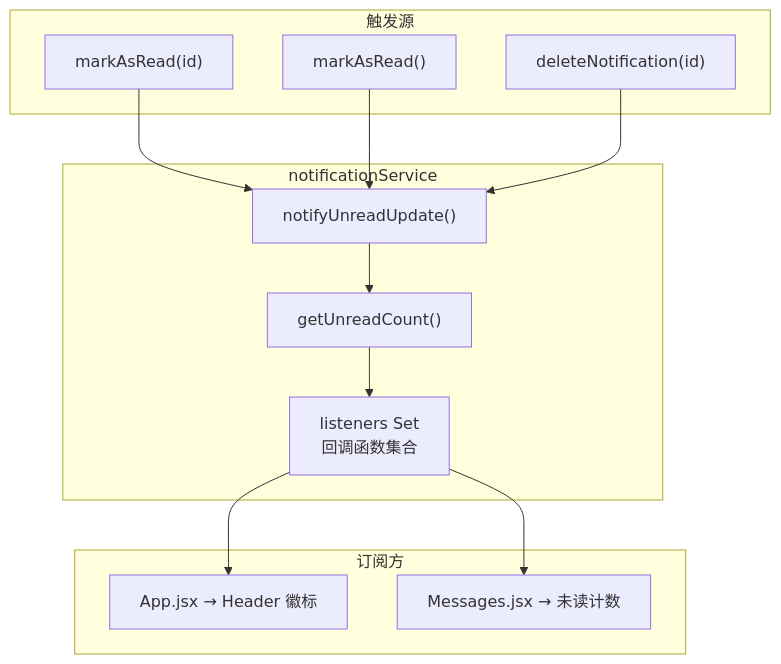
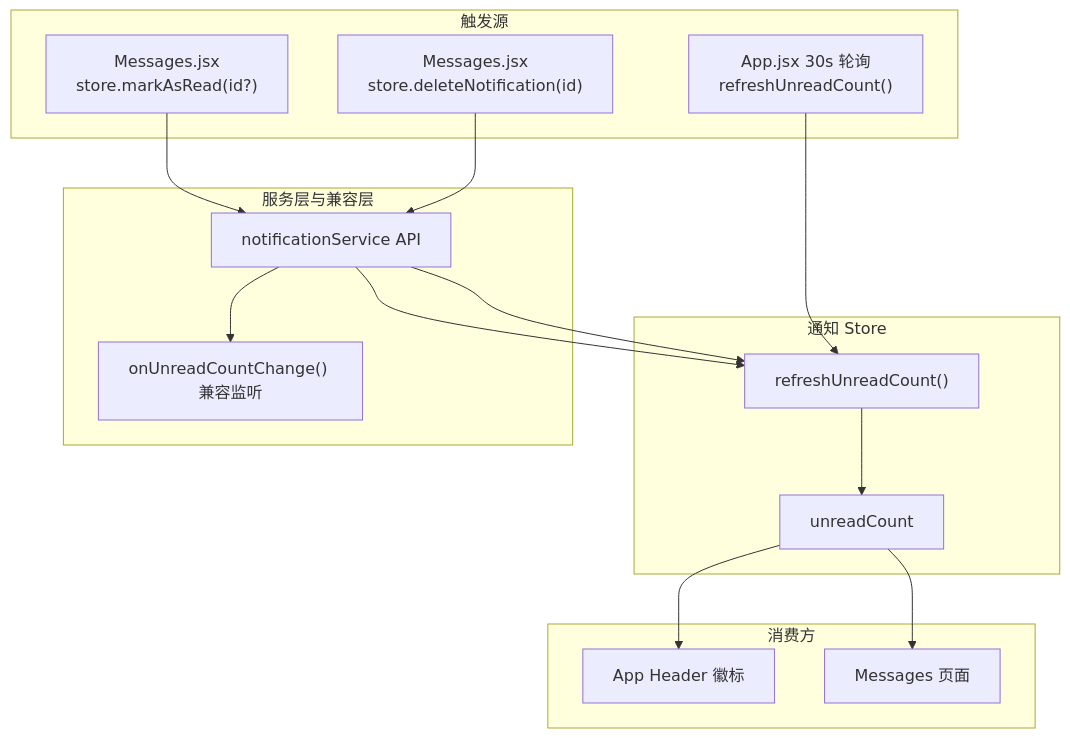
The second of 3 diagrams in docs/admin/admin-state-api.md (chendingya/EaseStay), drawn with Mermaid before and after one commit. The commit also changed other lines of this file and 4 other files, not shown here.

````diff
--- a/docs/admin/admin-state-api.md
+++ b/docs/admin/admin-state-api.md
@@ -54,27 +75,31 @@
 ```mermaid
 graph TB
     subgraph 触发源
-        MarkRead["markAsRead(id)"]
-        MarkAll["markAsRead()"]
-        DeleteNotif["deleteNotification(id)"]
+        AppPoll["App.jsx 30s 轮询<br/>refreshUnreadCount()"]
+        MsgRead["Messages.jsx<br/>store.markAsRead(id?)"]
+        MsgDelete["Messages.jsx<br/>store.deleteNotification(id)"]
     end
 
-    subgraph 发布层["notificationService"]
-        NotifyUpdate["notifyUnreadUpdate()"]
-        FetchCount["getUnreadCount()"]
-        Listeners["listeners Set<br/>回调函数集合"]
+    subgraph 通知 Store
+        Refresh["refreshUnreadCount()"]
+        StoreCount["unreadCount"]
     end
 
-    subgraph 订阅方
-        AppBadge["App.jsx → Header 徽标"]
-        MsgPage["Messages.jsx → 未读计数"]
+    subgraph 服务层与兼容层
+        Service["notificationService API"]
+        Legacy["onUnreadCountChange() 兼容监听"]
     end
 
-    MarkRead --> NotifyUpdate
-    MarkAll --> NotifyUpdate
-    DeleteNotif --> NotifyUpdate
-    NotifyUpdate --> FetchCount
-    FetchCount --> Listeners
-    Listeners --> AppBadge
-    Listeners --> MsgPage
+    subgraph 消费方
+        Header["App Header 徽标"]
+        Messages["Messages 页面"]
+    end
+
+    AppPoll --> Refresh
+    MsgRead --> Service --> Refresh
+    MsgDelete --> Service --> Refresh
+    Refresh --> StoreCount
+    StoreCount --> Header
+    StoreCount --> Messages
+    Service --> Legacy
 ```
````
